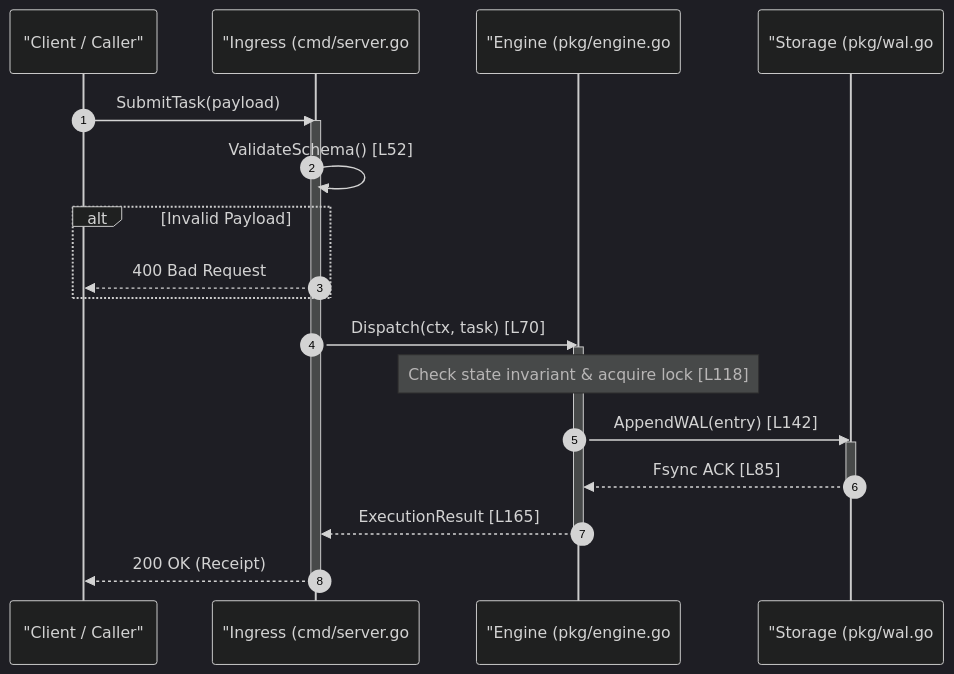
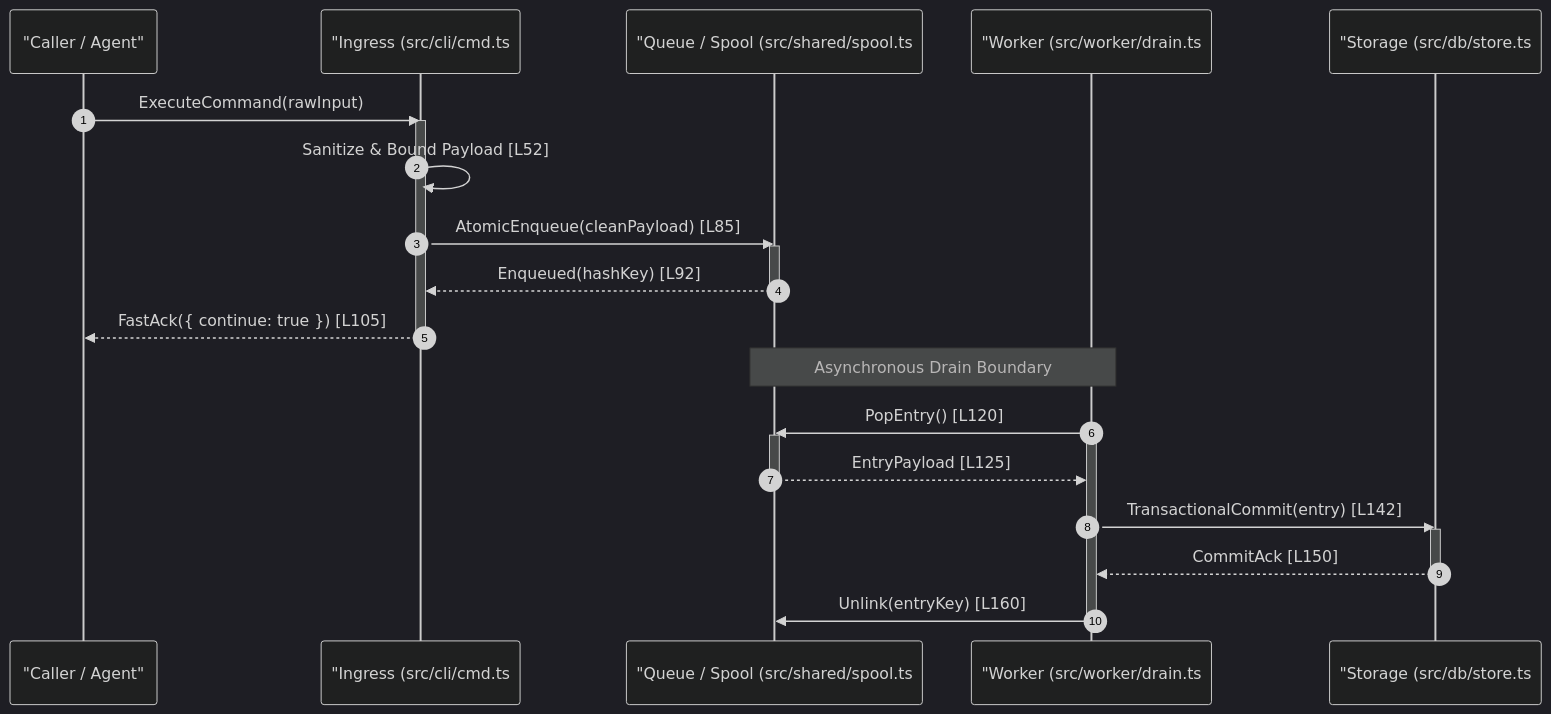
The diagram in methodology/03-tracing-callchains.md (Asstar-X/repo-mentor), drawn with Mermaid (dark theme) before and after one commit. The commit also changed other lines of this file and 10 other files, not shown here.

````diff
--- a/methodology/03-tracing-callchains.md
+++ b/methodology/03-tracing-callchains.md
@@ -83,26 +104,32 @@
-   ```mermaid
-   sequenceDiagram
-       autonumber
-       participant C as "Client / Caller"
-       participant I as "Ingress (cmd/server.go#L45)"
-       participant E as "Engine (pkg/engine.go#L110)"
-       participant S as "Storage (pkg/wal.go#L60)"
+```mermaid
+sequenceDiagram
+    autonumber
+    participant C as "Caller / Agent"
+    participant I as "Ingress (src/cli/cmd.ts#L45)"
+    participant Q as "Queue / Spool (src/shared/spool.ts#L80)"
+    participant W as "Worker (src/worker/drain.ts#L110)"
+    participant S as "Storage (src/db/store.ts#L60)"
 
-       C->>I: SubmitTask(payload)
-       activate I
-       I->>I: ValidateSchema() [L52]
-       alt Invalid Payload
-           I-->>C: 400 Bad Request
-       end
-       I->>E: Dispatch(ctx, task) [L70]
-       activate E
-       Note over E: Check state invariant & acquire lock [L118]
-       E->>S: AppendWAL(entry) [L142]
-       activate S
-       S-->>E: Fsync ACK [L85]
-       deactivate S
-       E-->>I: ExecutionResult [L165]
-       deactivate E
-       I-->>C: 200 OK (Receipt)
-       deactivate I
-   ```
+    C->>I: ExecuteCommand(rawInput)
+    activate I
+    I->>I: Sanitize & Bound Payload [L52]
+    I->>Q: AtomicEnqueue(cleanPayload) [L85]
+    activate Q
+    Q-->>I: Enqueued(hashKey) [L92]
+    deactivate Q
+    I-->>C: FastAck({ continue: true }) [L105]
+    deactivate I
+
+    Note over W,Q: Asynchronous Drain Boundary
+    W->>Q: PopEntry() [L120]
+    activate W
+    activate Q
+    Q-->>W: EntryPayload [L125]
+    deactivate Q
+    W->>S: TransactionalCommit(entry) [L142]
+    activate S
+    S-->>W: CommitAck [L150]
+    deactivate S
+    W->>Q: Unlink(entryKey) [L160]
+    deactivate W
+```
````
